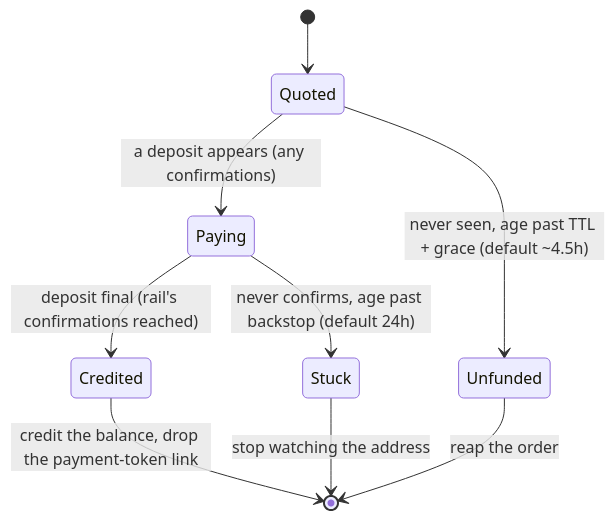
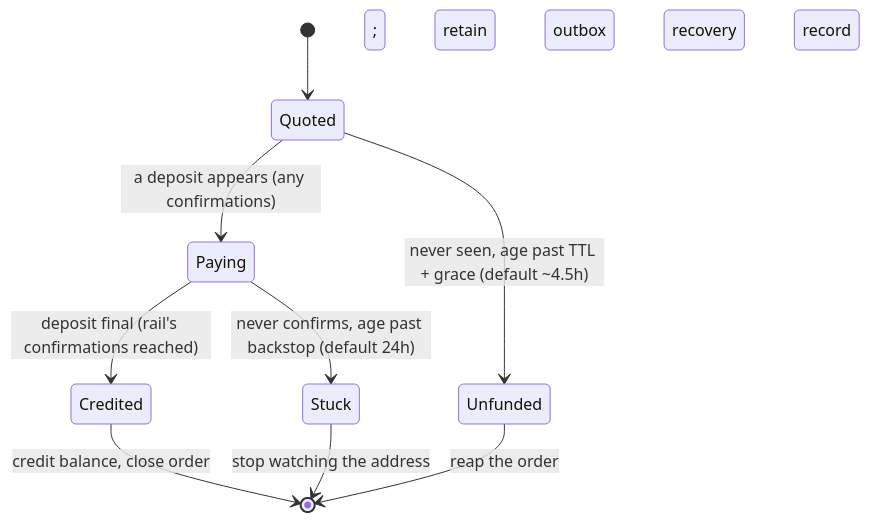
The first of 2 diagrams in docs/billing-model.md (nullsink/nullsink), drawn with Mermaid before and after one commit. The commit also changed 11 other files, not shown here.

````diff
--- a/docs/billing-model.md
+++ b/docs/billing-model.md
@@ -79,11 +79,11 @@
 ```mermaid
 stateDiagram-v2
     [*] --> Quoted
     Quoted --> Paying: a deposit appears (any confirmations)
     Quoted --> Unfunded: never seen, age past TTL + grace (default ~4.5h)
     Paying --> Credited: deposit final (rail's confirmations reached)
     Paying --> Stuck: never confirms, age past backstop (default 24h)
-    Credited --> [*]: credit the balance, drop the payment-token link
+    Credited --> [*]: credit balance, close order; retain outbox recovery record
     Unfunded --> [*]: reap the order
     Stuck --> [*]: stop watching the address
 ```
````
